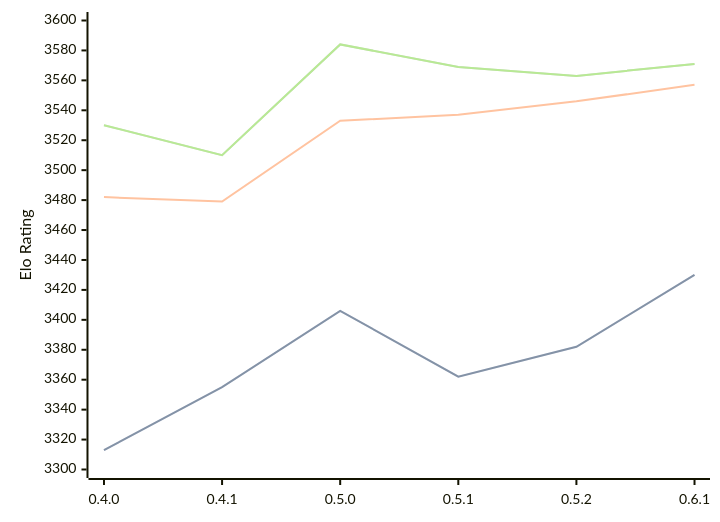
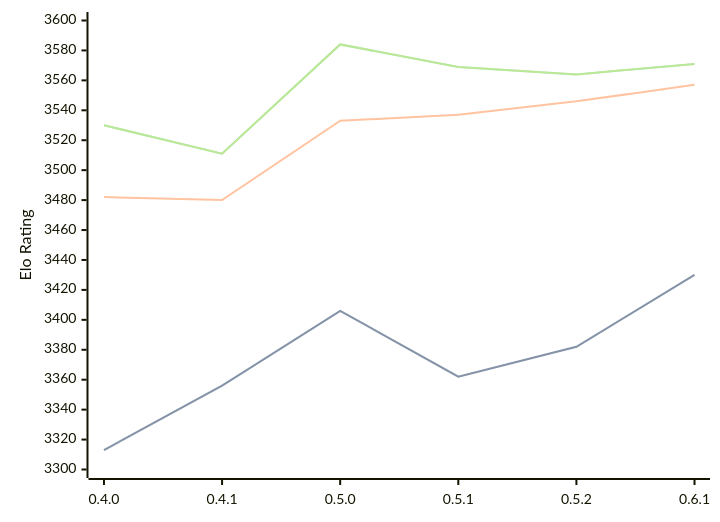
One commit to computer-chess-index/cci changed the diagram in engines/Cinder.md. Above: the diagram before and after it, drawn with Mermaid. The commit also changed other lines of this file, not shown here.

Commit message:
Update CCI Ratings (ELO VLTC) - 2026-09-08

````diff
--- a/engines/Cinder.md
+++ b/engines/Cinder.md
@@ -37,11 +37,11 @@
 ```mermaid
 %%{init: {"theme":"base","themeVariables":{"seriesColors:['#a3a3a3','#222221','#faa371']}}}%%
 xychart-beta
   x-axis ["0.4.0", "0.4.1", "0.5.0", "0.5.1", "0.5.2", "0.6.1"]
   y-axis "Elo Rating" 3300 --> 3600
-  line "" [3313, 3355, 3406, 3362, 3382, 3430]
-  line "STC (8.0+0.08s)" [3313, 3355, 3406, 3362, 3382, 3430]
-  line "LTC (60.0+0.60s)" [3482, 3479, 3533, 3537, 3546, 3557]
-  line "" [3530, 3510, 3584, 3569, 3563, 3571]
-  line "VLTC (2m24s+1.12s)" [3530, 3510, 3584, 3569, 3563, 3571]
+  line "" [3313, 3356, 3406, 3362, 3382, 3430]
+  line "STC (8.0+0.08s)" [3313, 3356, 3406, 3362, 3382, 3430]
+  line "LTC (60.0+0.60s)" [3482, 3480, 3533, 3537, 3546, 3557]
+  line "" [3530, 3511, 3584, 3569, 3564, 3571]
+  line "VLTC (2m24s+1.12s)" [3530, 3511, 3584, 3569, 3564, 3571]
 ```
````
